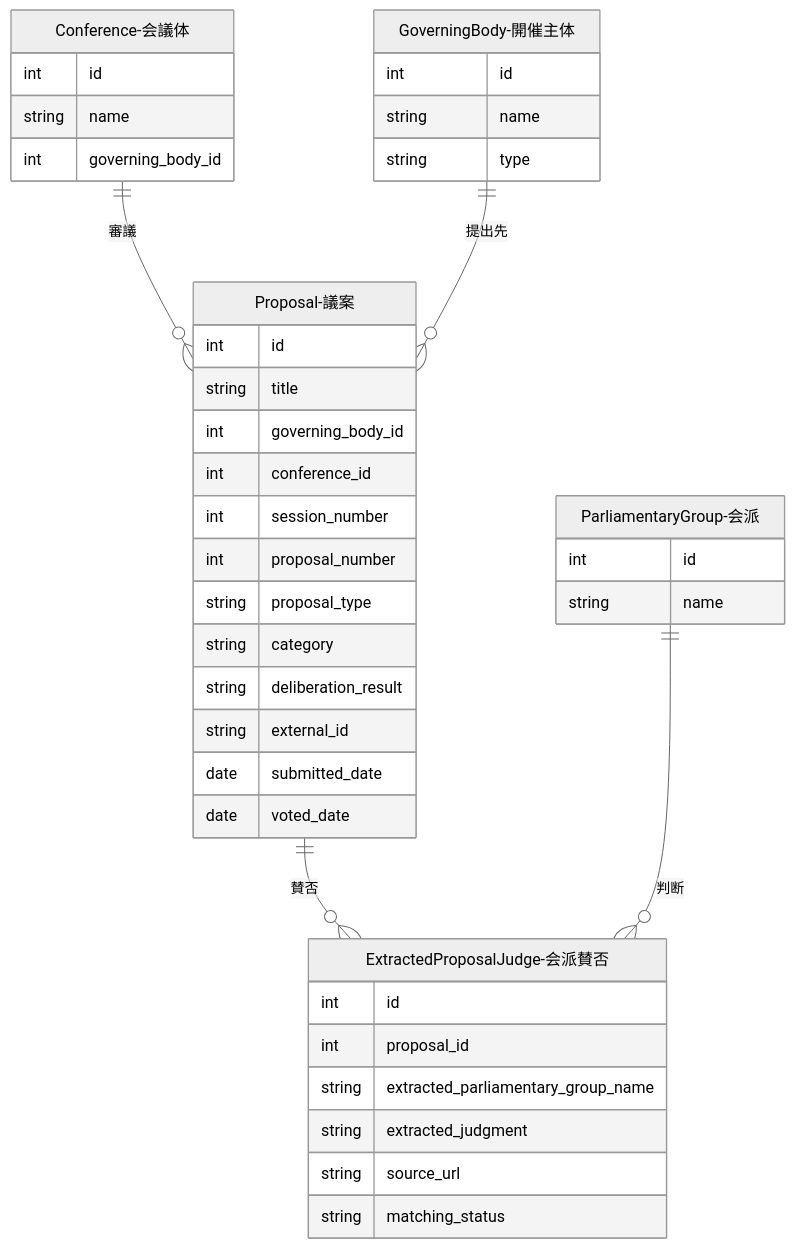
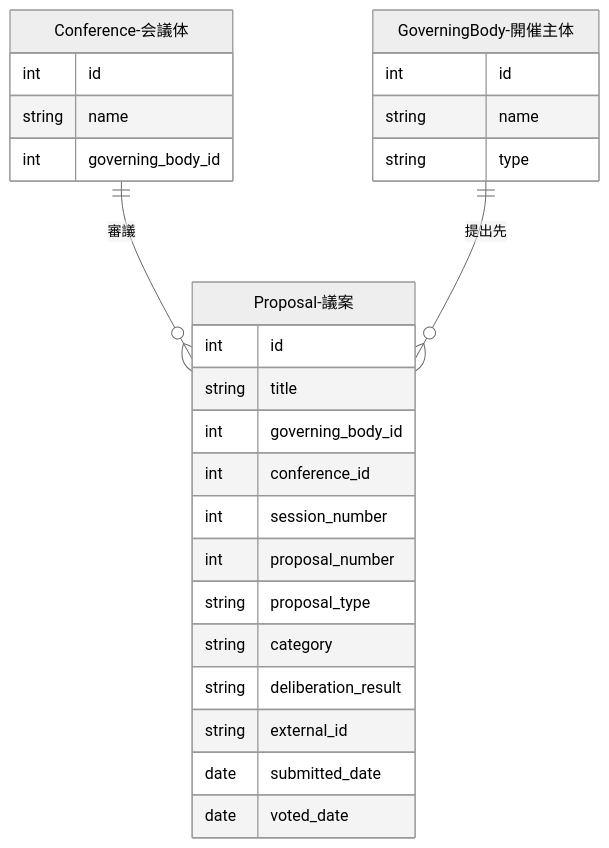
The diagram in docs/development/data-creation/proposal.md (sage-base/corporation-docs), drawn with Mermaid (neutral theme) before and after one commit. The commit also changed other lines of this file and 4 other files, not shown here.

````diff
--- a/docs/development/data-creation/proposal.md
+++ b/docs/development/data-creation/proposal.md
@@ -73,48 +73,32 @@
 ```mermaid
 erDiagram
     Conference-会議体 ||--o{ Proposal-議案 : "審議"
     GoverningBody-開催主体 ||--o{ Proposal-議案 : "提出先"
-    Proposal-議案 ||--o{ ExtractedProposalJudge-会派賛否 : "賛否"
-    ParliamentaryGroup-会派 ||--o{ ExtractedProposalJudge-会派賛否 : "判断"
 
     GoverningBody-開催主体 {
         int id
         string name
         string type
     }
 
     Conference-会議体 {
         int id
         string name
         int governing_body_id
     }
 
     Proposal-議案 {
         int id
         string title
         int governing_body_id
         int conference_id
         int session_number
         int proposal_number
         string proposal_type
         string category
         string deliberation_result
         string external_id
         date submitted_date
         date voted_date
     }
-
-    ExtractedProposalJudge-会派賛否 {
-        int id
-        int proposal_id
-        string extracted_parliamentary_group_name
-        string extracted_judgment
-        string source_url
-        string matching_status
-    }
-
-    ParliamentaryGroup-会派 {
-        int id
-        string name
-    }
 ```
````
